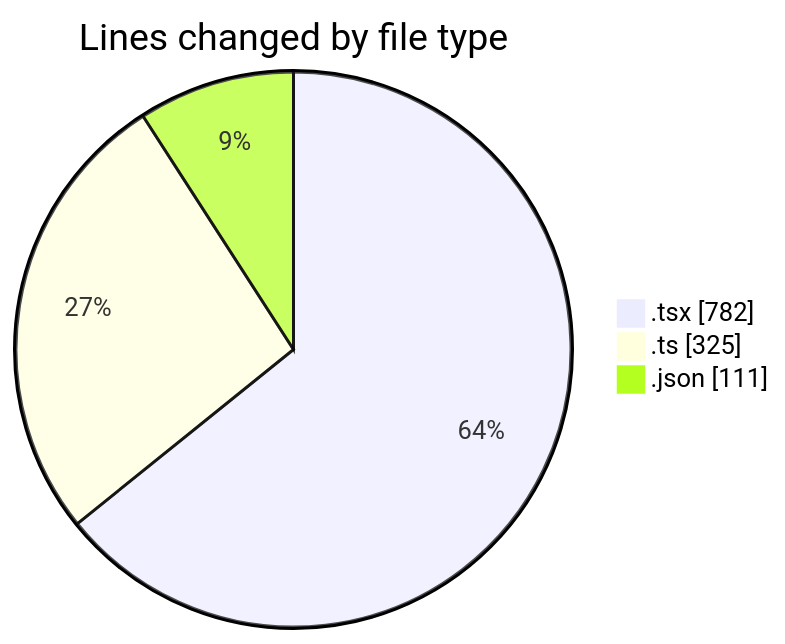
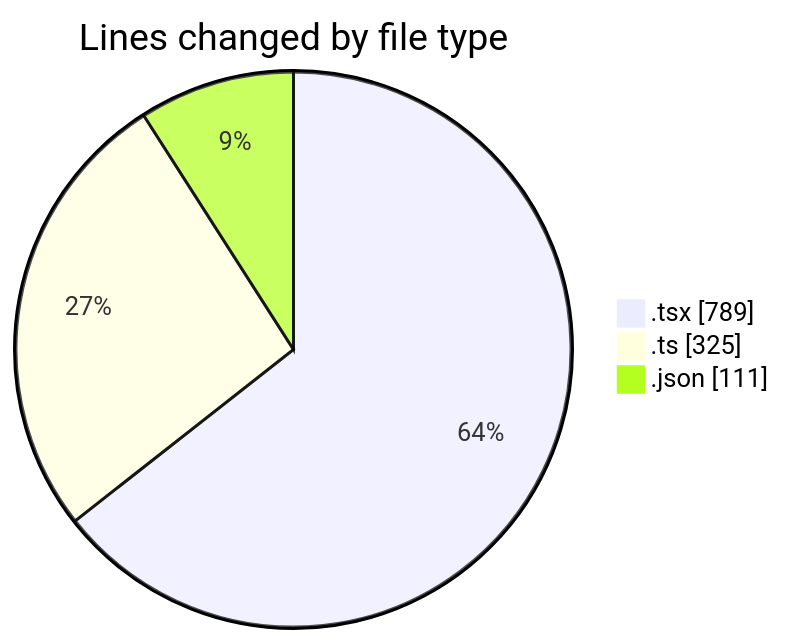
Before and after one commit to julien-gomy/code-tracking: the first of 2 diagrams in 2025-11-08/eventscop-frontend-guide__workspace_/README.md, drawn with Mermaid. The commit also changed other lines of this file and 1 other file, not shown here.

````diff
--- a/2025-11-08/eventscop-frontend-guide__workspace_/README.md
+++ b/2025-11-08/eventscop-frontend-guide__workspace_/README.md
@@ -29,7 +29,7 @@
 ```mermaid
 pie showData
 title Lines changed by file type
-".tsx" : 782
+".tsx" : 789
 ".ts" : 325
 ".json" : 111
 ```
````
